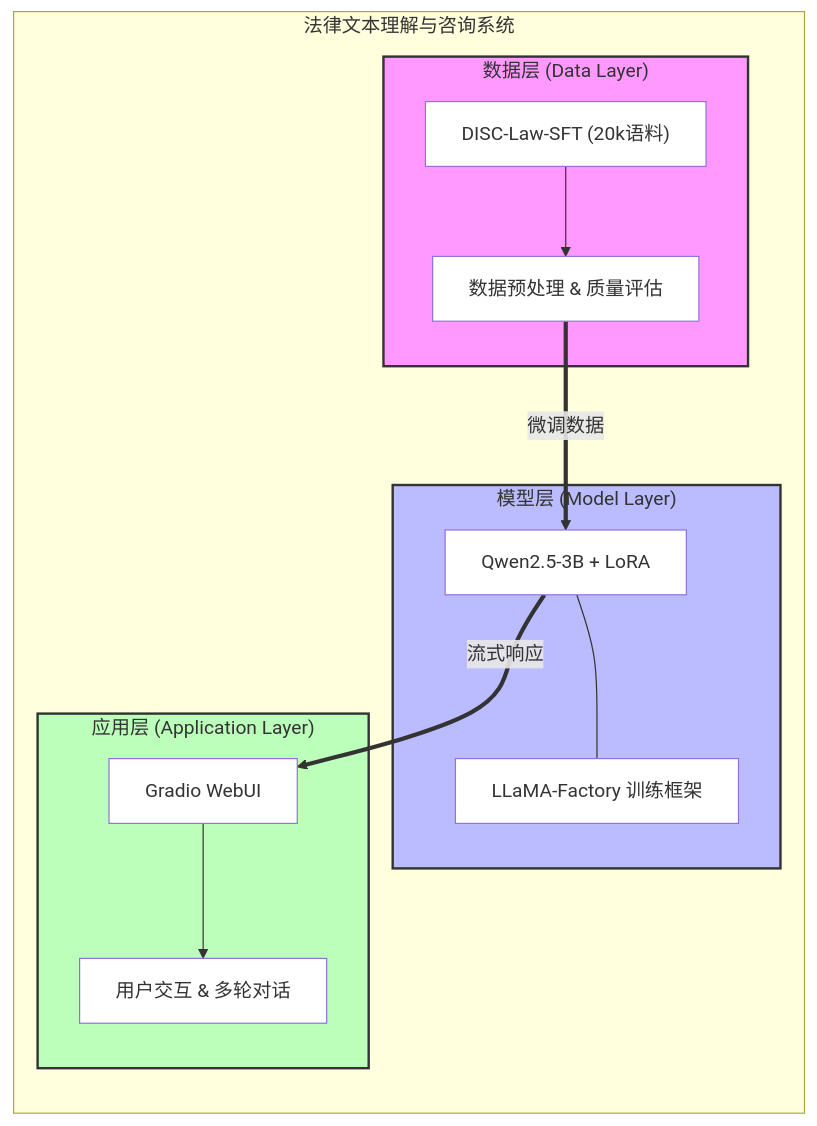
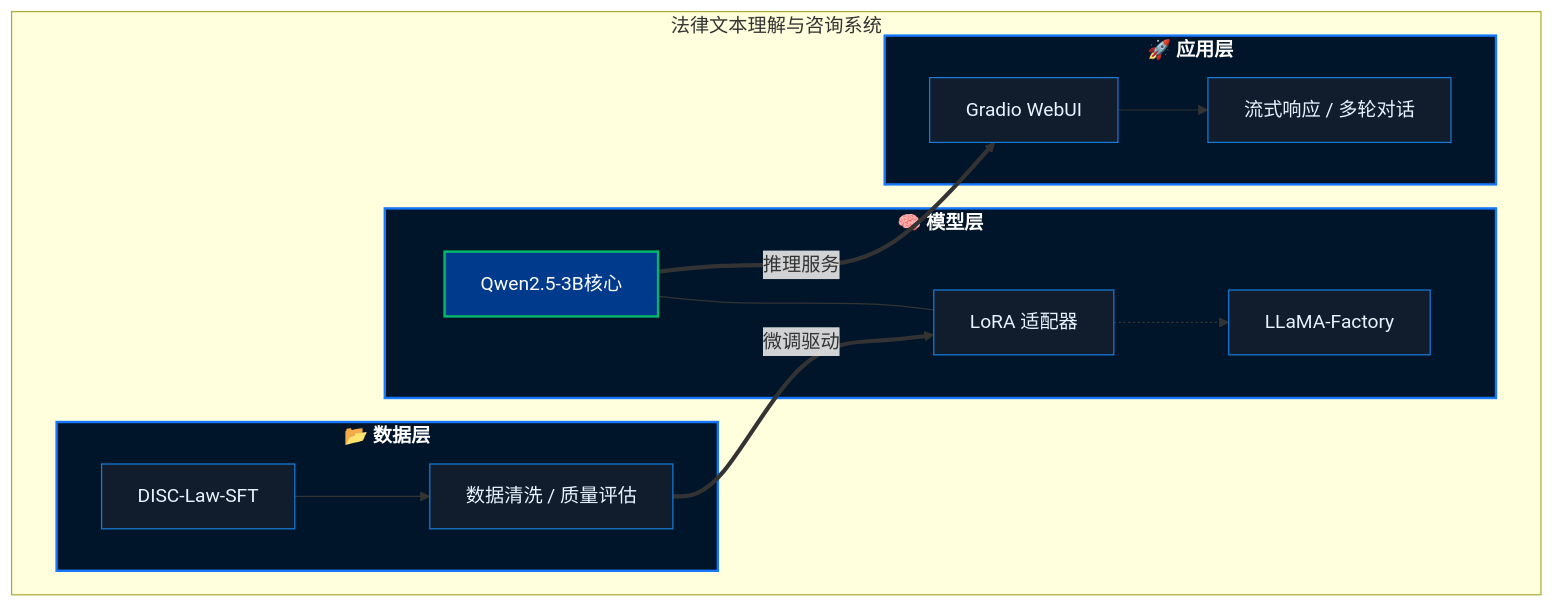
The diagram in README.md (YuanxinLi0/LLM-in-law), drawn with Mermaid before and after one commit.

````diff
--- a/README.md
+++ b/README.md
@@ -47,39 +47,40 @@
 ```mermaid
-graph TD
-    subgraph "法律文本理解与咨询系统"
-        direction TB
-        
-        subgraph Data["数据层 (Data Layer)"]
-            D1["DISC-Law-SFT (20k语料)"]
-            D2["数据预处理 & 质量评估"]
+graph LR
+    %% 全局定义
+    classDef default fill:#0d1117,stroke:#30363d,color:#c9d1d9,stroke-width:1px;
+    classDef layer fill:#001529,stroke:#1677ff,color:#fff,stroke-width:2px,font-weight:bold;
+    classDef component fill:#111d2c,stroke:#177ddc,color:#e6f4ff;
+    classDef highlight fill:#003a8c,stroke:#00b96b,color:#fff,stroke-width:2px;
+
+    subgraph System ["法律文本理解与咨询系统"]
+        direction LR
+
+        subgraph DATA ["📂 数据层"]
+            D1["DISC-Law-SFT"]
+            D2["数据清洗 / 质量评估"]
             D1 --> D2
         end
 
-        subgraph Model["模型层 (Model Layer)"]
-            M1["Qwen2.5-3B + LoRA"]
-            M2["LLaMA-Factory 训练框架"]
+        subgraph MODEL ["🧠 模型层"]
+            M1["Qwen2.5-3B核心"]
+            M2["LoRA 适配器"]
+            M3["LLaMA-Factory"]
             M1 --- M2
+            M2 -.-> M3
         end
 
-        subgraph App["应用层 (Application Layer)"]
+        subgraph APP ["🚀 应用层"]
             A1["Gradio WebUI"]
-            A2["用户交互 & 多轮对话"]
+            A2["流式响应 / 多轮对话"]
             A1 --> A2
         end
 
-        %% 核心逻辑流
-        D2 == "微调数据" ==> M1
-        M1 == "流式响应" ==> A1
+        D2 == "微调驱动" ==> M2
+        M1 == "推理服务" ==> A1
     end
 
-    %% 样式美化
-    style Data fill:#f9f,stroke:#333,stroke-width:2px
-    style Model fill:#bbf,stroke:#333,stroke-width:2px
-    style App fill:#bfb,stroke:#333,stroke-width:2px
-    style D1 fill:#fff
-    style D2 fill:#fff
-    style M1 fill:#fff
-    style M2 fill:#fff
-    style A1 fill:#fff
-    style A2 fill:#fff
+    %% 应用样式
+    class DATA,MODEL,APP layer;
+    class D1,D2,M1,M2,M3,A1,A2 component;
+    class M1 highlight;
 ```
````
